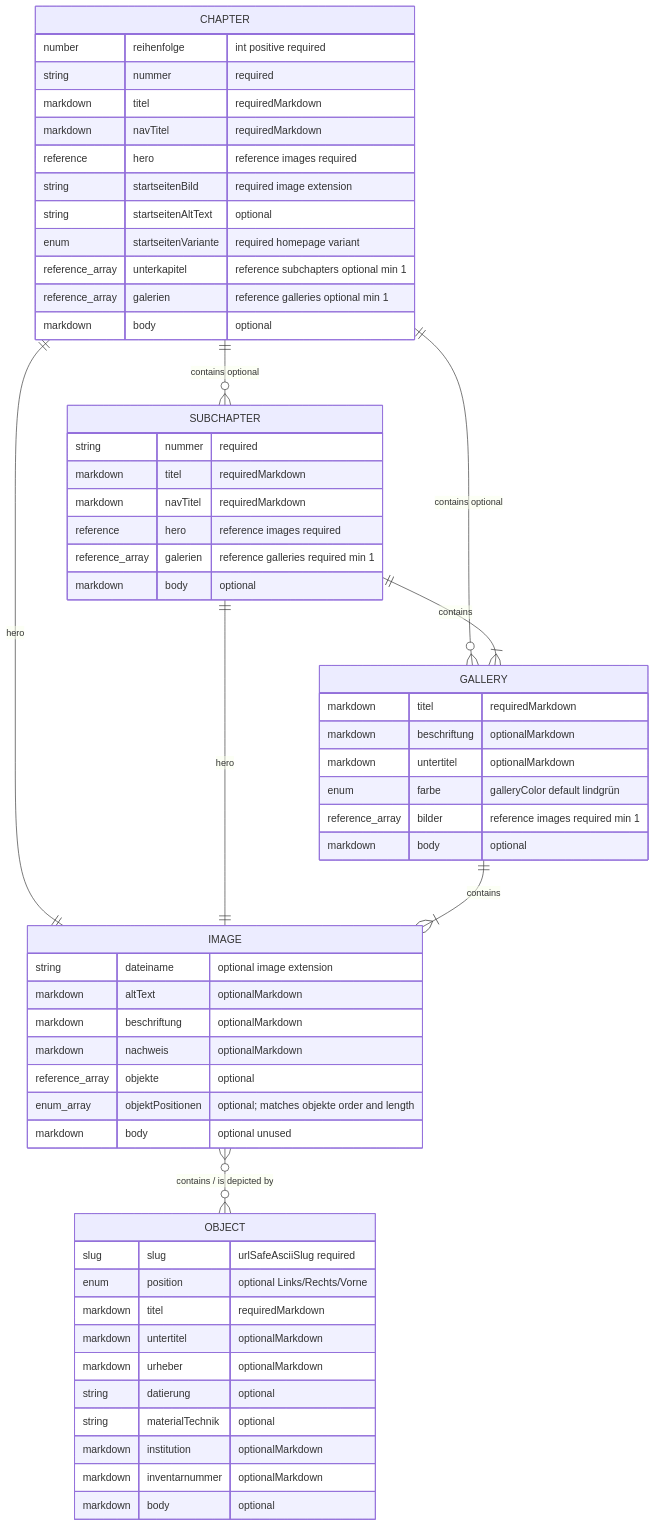
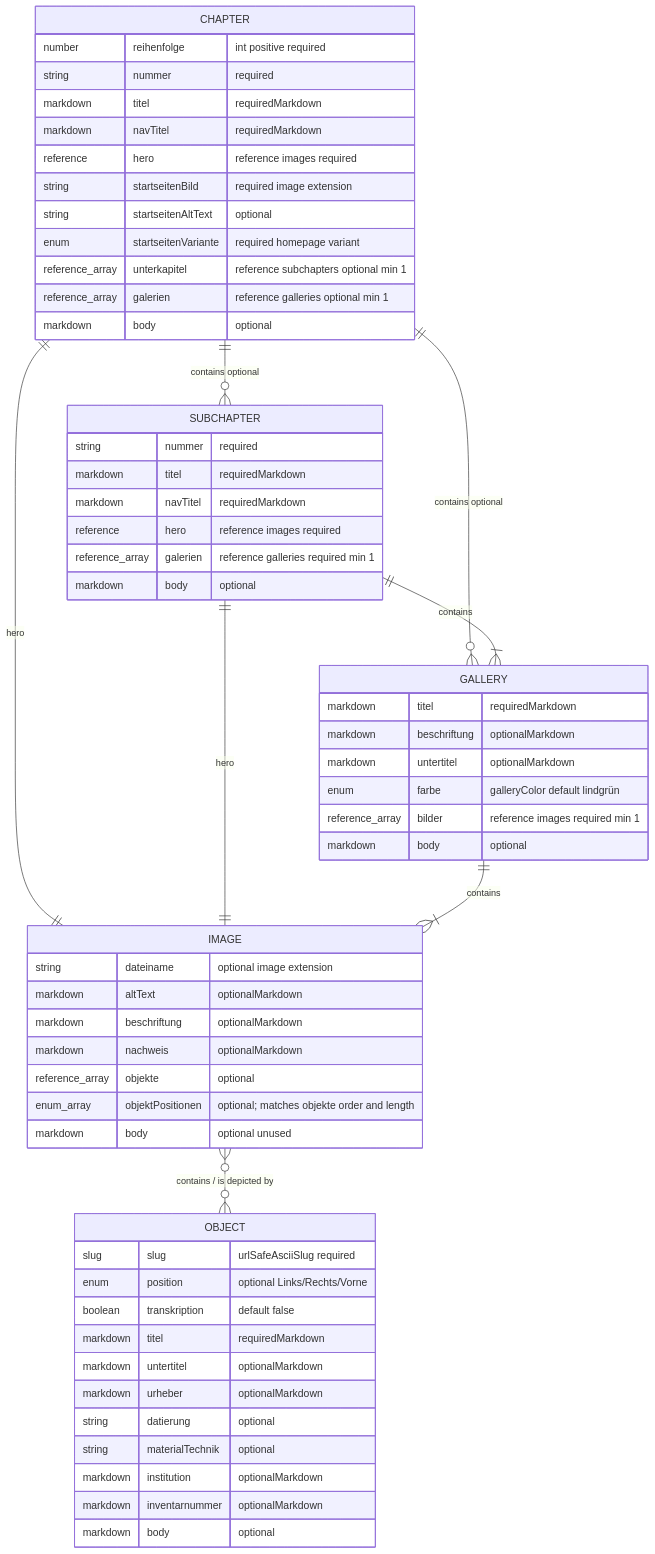
The diagram in docs/content-model.md (Theodor-Springmann-Stiftung/hebel-ausstellung), drawn with Mermaid before and after one commit. The commit also changed other lines of this file and 15 other files, not shown here.

````diff
--- a/docs/content-model.md
+++ b/docs/content-model.md
@@ -280,65 +282,66 @@
 ```mermaid
 erDiagram
   CHAPTER ||--o{ SUBCHAPTER : "contains optional"
   CHAPTER ||--o{ GALLERY : "contains optional"
   CHAPTER ||--|| IMAGE : "hero"
   SUBCHAPTER ||--|{ GALLERY : "contains"
   SUBCHAPTER ||--|| IMAGE : "hero"
   GALLERY ||--|{ IMAGE : "contains"
   IMAGE }o--o{ OBJECT : "contains / is depicted by"
 
   CHAPTER {
     number reihenfolge "int positive required"
     string nummer "required"
     markdown titel "requiredMarkdown"
     markdown navTitel "requiredMarkdown"
     reference hero "reference images required"
     string startseitenBild "required image extension"
     string startseitenAltText "optional"
     enum startseitenVariante "required homepage variant"
     reference_array unterkapitel "reference subchapters optional min 1"
     reference_array galerien "reference galleries optional min 1"
     markdown body "optional"
   }
 
   SUBCHAPTER {
     string nummer "required"
     markdown titel "requiredMarkdown"
     markdown navTitel "requiredMarkdown"
     reference hero "reference images required"
     reference_array galerien "reference galleries required min 1"
     markdown body "optional"
   }
 
   GALLERY {
     markdown titel "requiredMarkdown"
     markdown beschriftung "optionalMarkdown"
     markdown untertitel "optionalMarkdown"
     enum farbe "galleryColor default lindgrün"
     reference_array bilder "reference images required min 1"
     markdown body "optional"
   }
 
   IMAGE {
     string dateiname "optional image extension"
     markdown altText "optionalMarkdown"
     markdown beschriftung "optionalMarkdown"
     markdown nachweis "optionalMarkdown"
     reference_array objekte "optional"
     enum_array objektPositionen "optional; matches objekte order and length"
     markdown body "optional unused"
   }
 
   OBJECT {
     slug slug "urlSafeAsciiSlug required"
     enum position "optional Links/Rechts/Vorne"
+    boolean transkription "default false"
     markdown titel "requiredMarkdown"
     markdown untertitel "optionalMarkdown"
     markdown urheber "optionalMarkdown"
     string datierung "optional"
     string materialTechnik "optional"
     markdown institution "optionalMarkdown"
     markdown inventarnummer "optionalMarkdown"
     markdown body "optional"
   }
 ```
````
